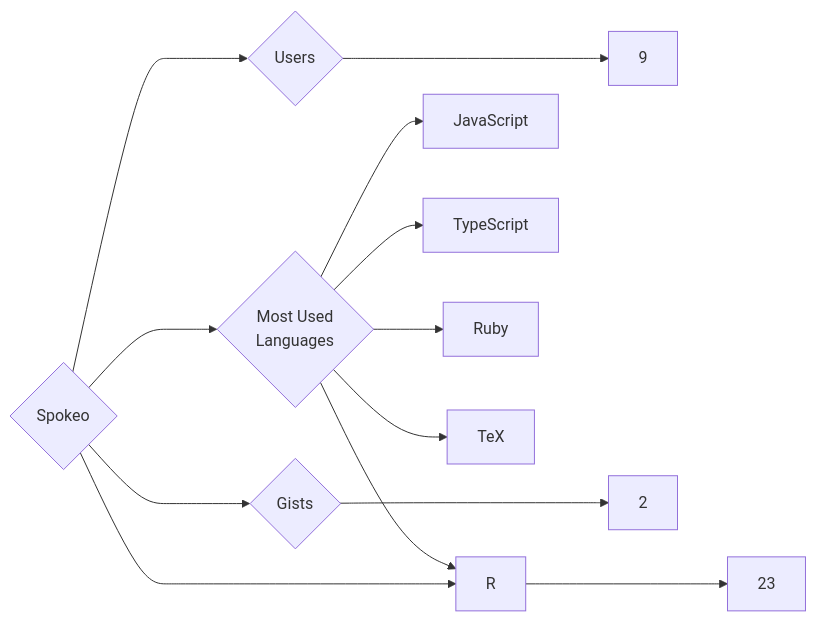
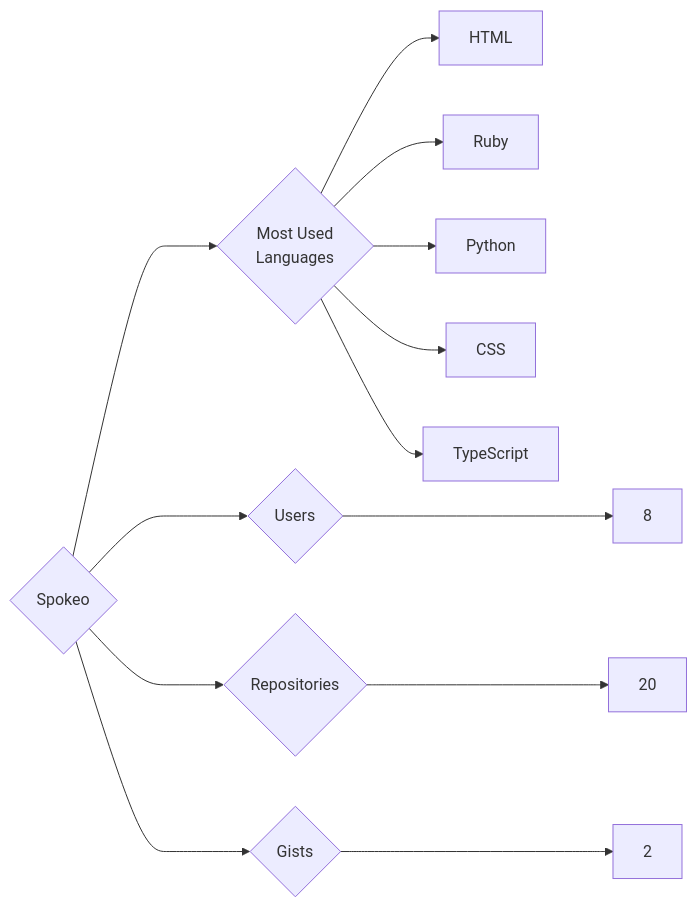
One commit to trickest/insiders changed the diagram in targets/Spokeo/README.md. Above: the diagram before and after it, drawn with Mermaid. The commit also changed 969 other files, not shown here.

````diff
--- a/targets/Spokeo/README.md
+++ b/targets/Spokeo/README.md
@@ -3,13 +3,13 @@
 ```mermaid
 graph LR
 COMPANY_NAME{Spokeo}
-COMPANY_NAME ---> U{Users} ---> UN[9]
-COMPANY_NAME ---> R{Repositories} ---> RN[23]
+COMPANY_NAME ---> U{Users} ---> UN[8]
+COMPANY_NAME ---> R{Repositories} ---> RN[20]
 COMPANY_NAME ---> G{Gists} ---> GN[2]
 COMPANY_NAME ---> ML{Most Used<br>Languages}
-ML --> JavaScript[JavaScript]
+ML --> HTML[HTML]
+ML --> Ruby[Ruby]
+ML --> Python[Python]
+ML --> CSS[CSS]
 ML --> TypeScript[TypeScript]
-ML --> Ruby[Ruby]
-ML --> TeX[TeX]
-ML --> R[R]
 ```
````
